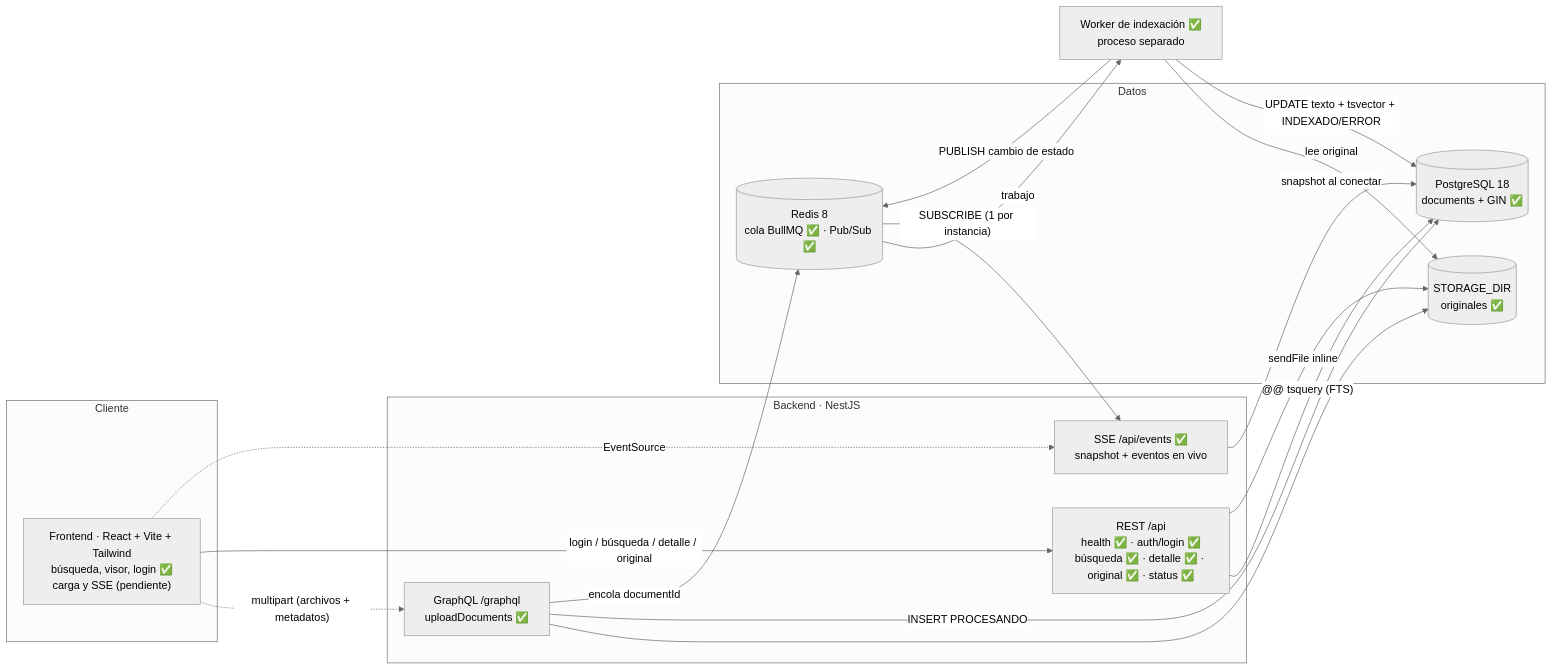
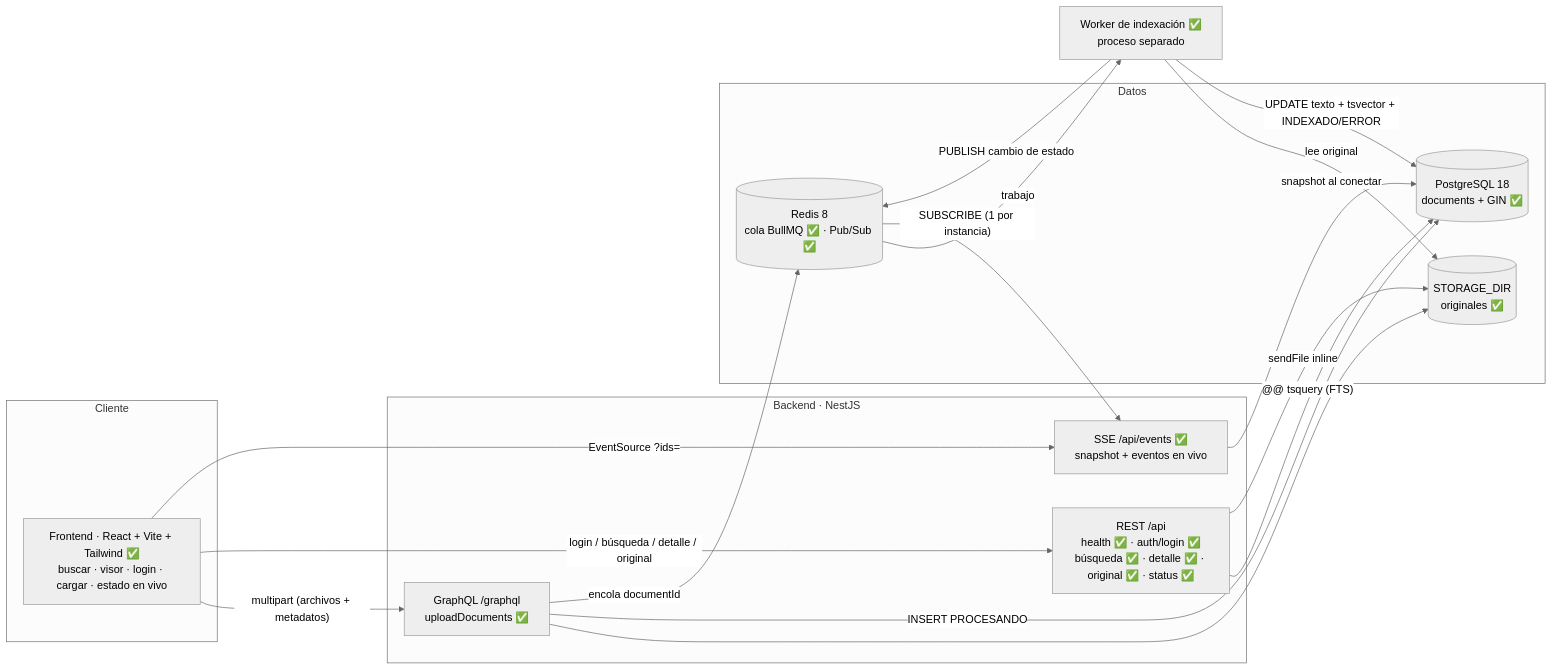
The first of 2 diagrams in docs/architecture.md (camilollamas/pt_documental), drawn with Mermaid (neutral theme) before and after one commit. The commit also changed other lines of this file and 19 other files, not shown here.

First line of the commit message:
feat(frontend): carga de documentos con arrastrar y soltar y estados en vivo por SSE

````diff
--- a/docs/architecture.md
+++ b/docs/architecture.md
@@ -7,35 +7,35 @@
 ```mermaid
 flowchart LR
     subgraph Cliente
-        UI["Frontend · React + Vite + Tailwind<br/>búsqueda, visor, login ✅<br/>carga y SSE (pendiente)"]
+        UI["Frontend · React + Vite + Tailwind ✅<br/>buscar · visor · login · cargar · estado en vivo"]
     end
 
     subgraph API["Backend · NestJS"]
         GQL["GraphQL /graphql<br/>uploadDocuments ✅"]
         REST["REST /api<br/>health ✅ · auth/login ✅<br/>búsqueda ✅ · detalle ✅ · original ✅ · status ✅"]
         SSE["SSE /api/events ✅<br/>snapshot + eventos en vivo"]
     end
 
     subgraph Datos
         PG[("PostgreSQL 18<br/>documents + GIN ✅")]
         FS[("STORAGE_DIR<br/>originales ✅")]
         RQ[("Redis 8<br/>cola BullMQ ✅ · Pub/Sub ✅")]
     end
 
     W["Worker de indexación ✅<br/>proceso separado"]
 
-    UI -. "multipart (archivos + metadatos)" .-> GQL
+    UI -- "multipart (archivos + metadatos)" --> GQL
     UI -- "login / búsqueda / detalle / original" --> REST
-    UI -. "EventSource" .-> SSE
+    UI -- "EventSource ?ids=" --> SSE
     GQL --> FS
     GQL -- "INSERT PROCESANDO" --> PG
     GQL -- "encola documentId" --> RQ
     RQ -- "trabajo" --> W
     W -- "lee original" --> FS
     W -- "UPDATE texto + tsvector + INDEXADO/ERROR" --> PG
     W -- "PUBLISH cambio de estado" --> RQ
     RQ -- "SUBSCRIBE (1 por instancia)" --> SSE
     SSE -- "snapshot al conectar" --> PG
     REST -- "@@ tsquery (FTS)" --> PG
     REST -- "sendFile inline" --> FS
 ```
````
